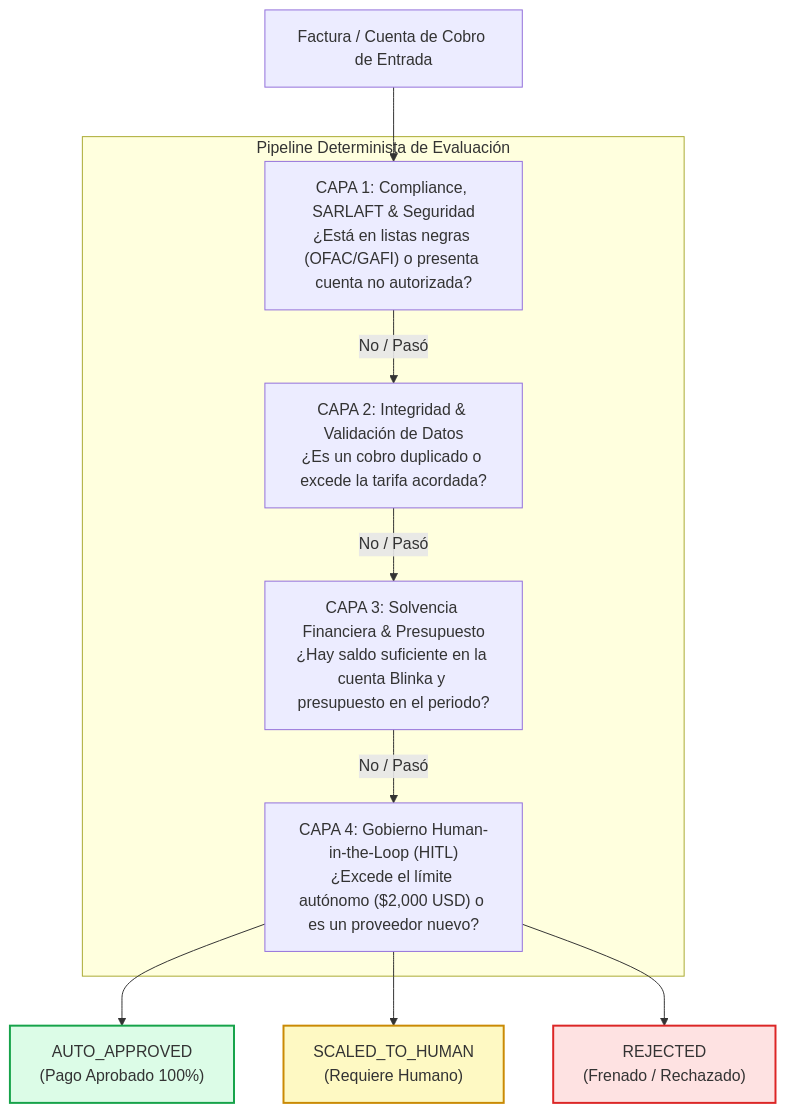
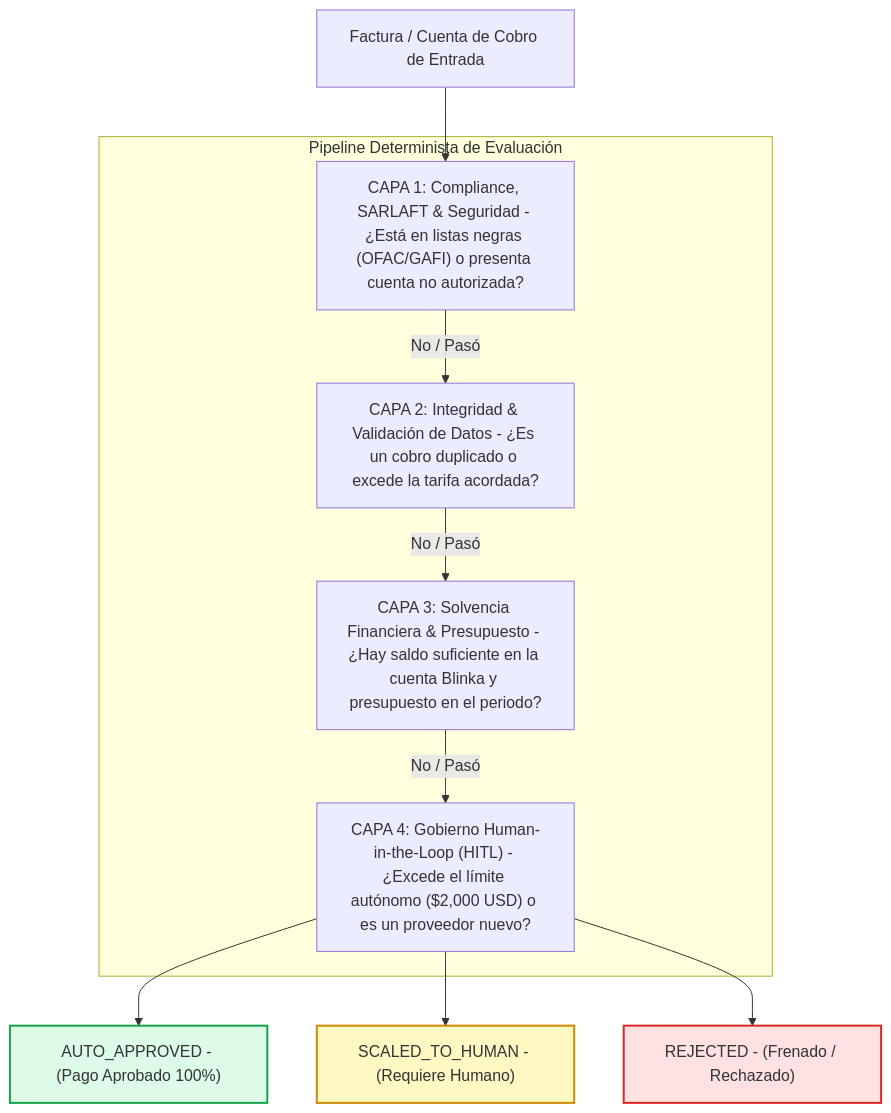
The second of 2 diagrams in docs/reglas-negocio/reglas_pago_agente_v3.md (Oriojas/30X_404_team), drawn with Mermaid before and after one commit. The commit also changed other lines of this file and 6 other files, not shown here.

First line of the commit message:
fix: corregir sintaxis de diagramas mermaid y eliminar etiquetas html visibles

````diff
--- a/docs/reglas-negocio/reglas_pago_agente_v3.md
+++ b/docs/reglas-negocio/reglas_pago_agente_v3.md
@@ -75,23 +75,23 @@
 ```mermaid
 flowchart TD
     Input["Factura / Cuenta de Cobro de Entrada"] --> L1
 
     subgraph Pipeline ["Pipeline Determinista de Evaluación"]
-        L1["CAPA 1: Compliance, SARLAFT & Seguridad<br/>¿Está en listas negras (OFAC/GAFI) o presenta cuenta no autorizada?"]
-        L2["CAPA 2: Integridad & Validación de Datos<br/>¿Es un cobro duplicado o excede la tarifa acordada?"]
-        L3["CAPA 3: Solvencia Financiera & Presupuesto<br/>¿Hay saldo suficiente en la cuenta Blinka y presupuesto en el periodo?"]
-        L4["CAPA 4: Gobierno Human-in-the-Loop (HITL)<br/>¿Excede el límite autónomo ($2,000 USD) o es un proveedor nuevo?"]
+        L1["CAPA 1: Compliance, SARLAFT & Seguridad - ¿Está en listas negras (OFAC/GAFI) o presenta cuenta no autorizada?"]
+        L2["CAPA 2: Integridad & Validación de Datos - ¿Es un cobro duplicado o excede la tarifa acordada?"]
+        L3["CAPA 3: Solvencia Financiera & Presupuesto - ¿Hay saldo suficiente en la cuenta Blinka y presupuesto en el periodo?"]
+        L4["CAPA 4: Gobierno Human-in-the-Loop (HITL) - ¿Excede el límite autónomo ($2,000 USD) o es un proveedor nuevo?"]
 
         L1 -->|"No / Pasó"| L2
         L2 -->|"No / Pasó"| L3
         L3 -->|"No / Pasó"| L4
     end
 
-    L4 --> Approved["AUTO_APPROVED<br/>(Pago Aprobado 100%)"]
-    L4 --> Scaled["SCALED_TO_HUMAN<br/>(Requiere Humano)"]
-    L4 --> Rejected["REJECTED<br/>(Frenado / Rechazado)"]
+    L4 --> Approved["AUTO_APPROVED - (Pago Aprobado 100%)"]
+    L4 --> Scaled["SCALED_TO_HUMAN - (Requiere Humano)"]
+    L4 --> Rejected["REJECTED - (Frenado / Rechazado)"]
 
     style Approved fill:#dcfce7,stroke:#16a34a,stroke-width:2px
     style Scaled fill:#fef9c3,stroke:#ca8a04,stroke-width:2px
     style Rejected fill:#fee2e2,stroke:#dc2626,stroke-width:2px
 ```
````
